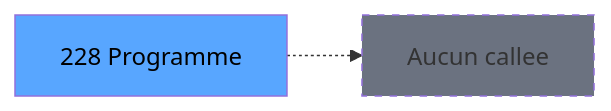
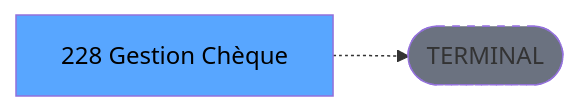
One commit to thonyAGP/lecteur-magic changed the third of 3 diagrams in .openspec/renders/ADH-IDE-228.md. Above: the diagram before and after it, drawn with Mermaid. The commit also changed other lines of this file and 701 other files, not shown here.

````diff
--- a/.openspec/renders/ADH-IDE-228.md
+++ b/.openspec/renders/ADH-IDE-228.md
@@ -138,8 +134,8 @@
 ```mermaid
 graph LR
-    T[228 Programme]
-    NONE[Aucun callee]
-    T -.-> NONE
+    T[228 Gestion Chèque]
+    TERM([TERMINAL])
+    T -.-> TERM
+    style TERM fill:#6b7280,stroke-dasharray: 5 5
     style T fill:#58a6ff,color:#000
-    style NONE fill:#6b7280,stroke-dasharray: 5 5
 ```
````
